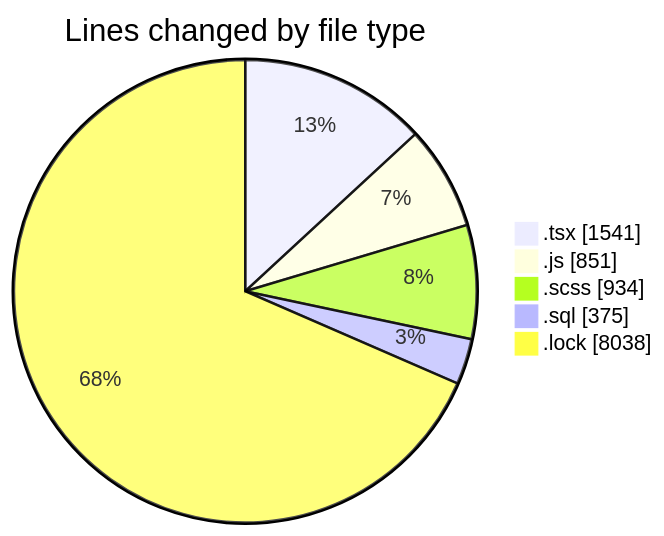
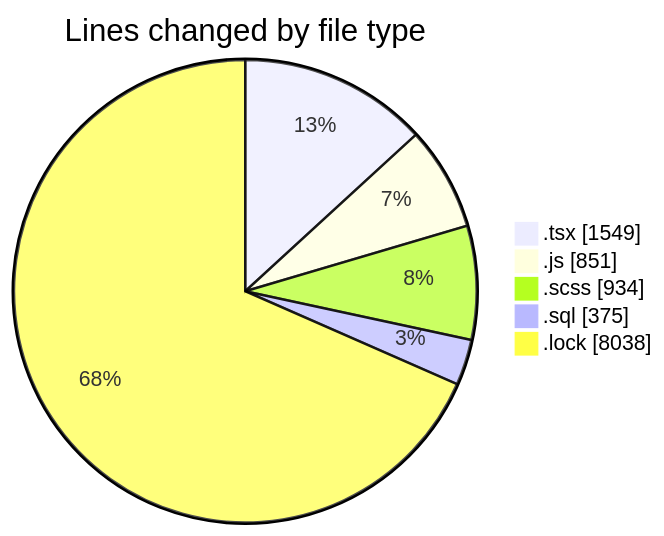
Before and after one commit to momahboobian/code-tracking: the first of 2 diagrams in 2025-03-18/cda/README.md, drawn with Mermaid. The commit also changed other lines of this file and 1 other file, not shown here.

````diff
--- a/2025-03-18/cda/README.md
+++ b/2025-03-18/cda/README.md
@@ -32,9 +32,9 @@
 ```mermaid
 pie showData
 title Lines changed by file type
-".tsx" : 1541
+".tsx" : 1549
 ".js" : 851
 ".scss" : 934
 ".sql" : 375
 ".lock" : 8038
 ```
````
